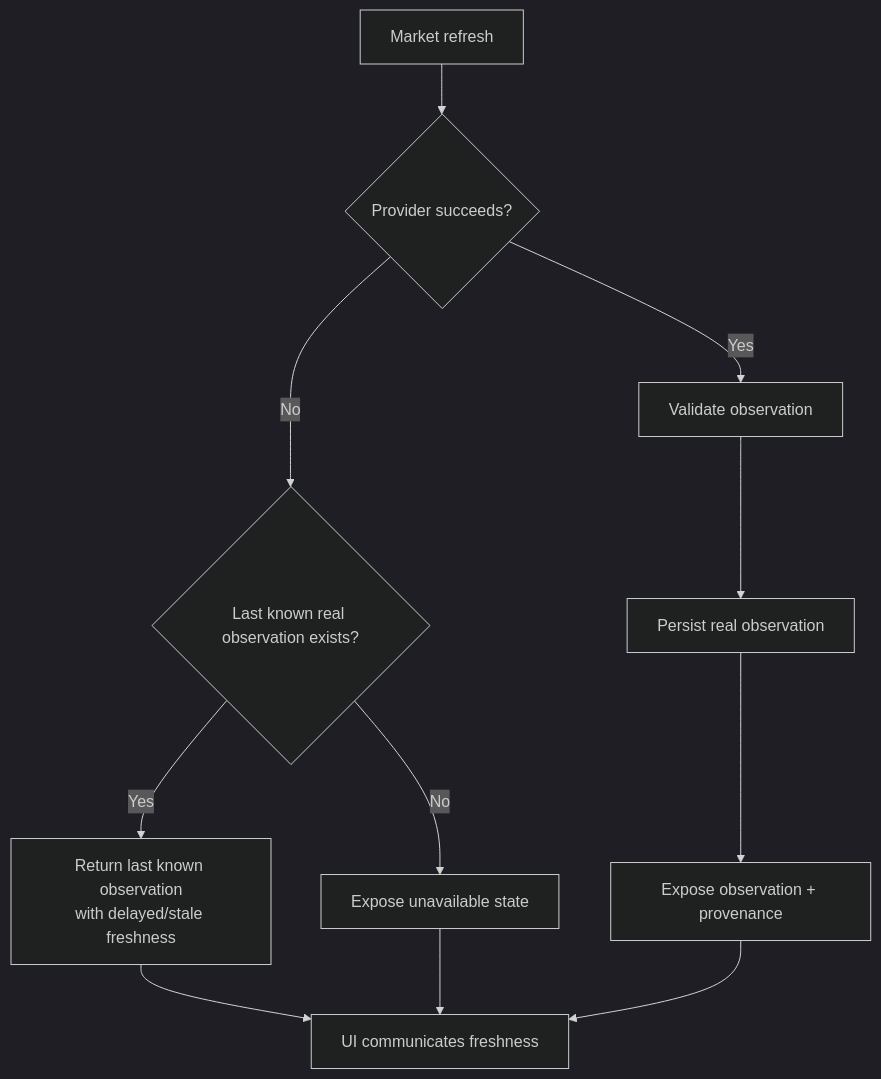
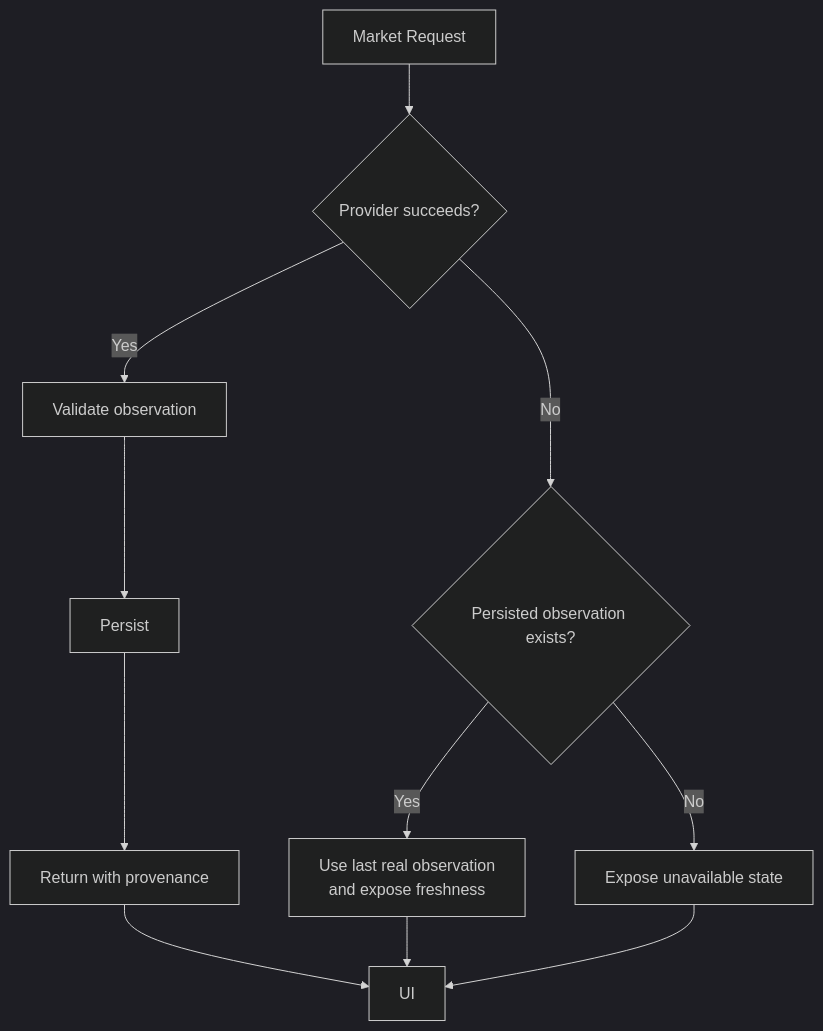
One commit to Sanjana-1905/smart-watchlist changed the fourth of 5 diagrams in README.md. Above: the diagram before and after it, drawn with Mermaid (dark theme). The commit also changed other lines of this file, not shown here.

````diff
--- a/README.md
+++ b/README.md
@@ -500,22 +726,19 @@
 ```mermaid
 flowchart TD
 
-    REQUEST["Market refresh"]
-        --> PROVIDER{"Provider succeeds?"}
+    REQUEST["Market Request"]
+    --> PROVIDER{"Provider succeeds?"}
 
     PROVIDER -->|"Yes"| VALIDATE["Validate observation"]
+    VALIDATE --> STORE["Persist"]
+    STORE --> RETURN["Return with provenance"]
 
-    VALIDATE --> STORE["Persist real observation"]
+    PROVIDER -->|"No"| OLD{"Persisted observation exists?"}
 
-    STORE --> FRESH["Expose observation + provenance"]
-
-    PROVIDER -->|"No"| OLD{"Last known real observation exists?"}
-
-    OLD -->|"Yes"| STALE["Return last known observation\nwith delayed/stale freshness"]
-
+    OLD -->|"Yes"| STALE["Use last real observation<br/>and expose freshness"]
     OLD -->|"No"| EMPTY["Expose unavailable state"]
 
-    STALE --> UI["UI communicates freshness"]
+    RETURN --> UI["UI"]
+    STALE --> UI
     EMPTY --> UI
-    FRESH --> UI
 ```
````
